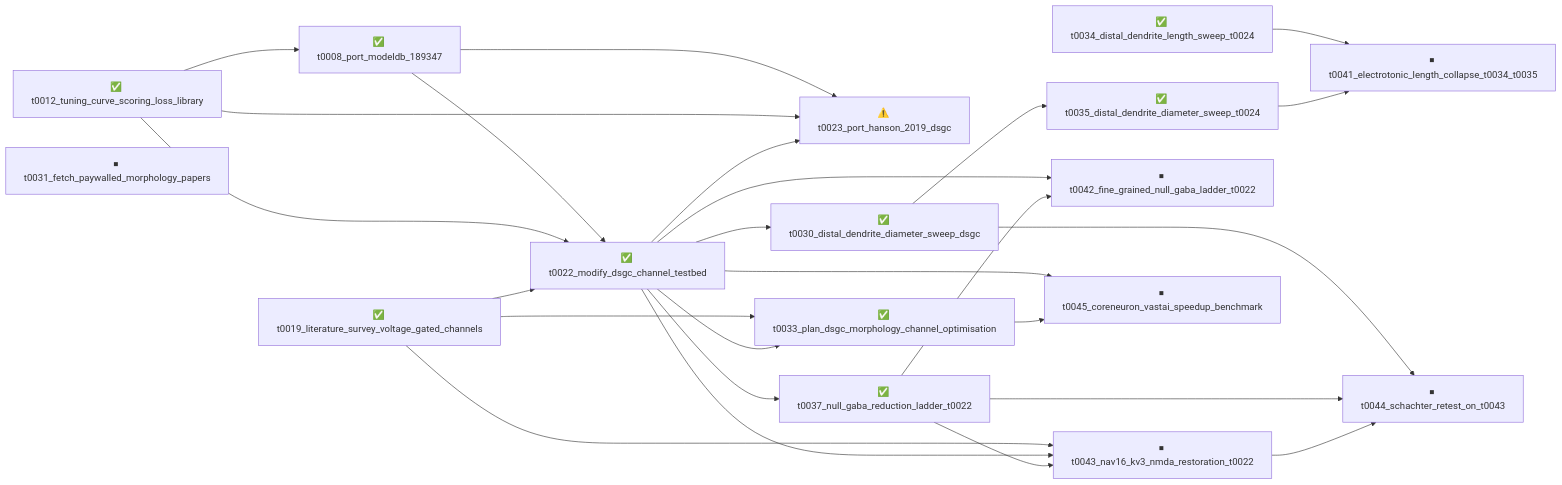
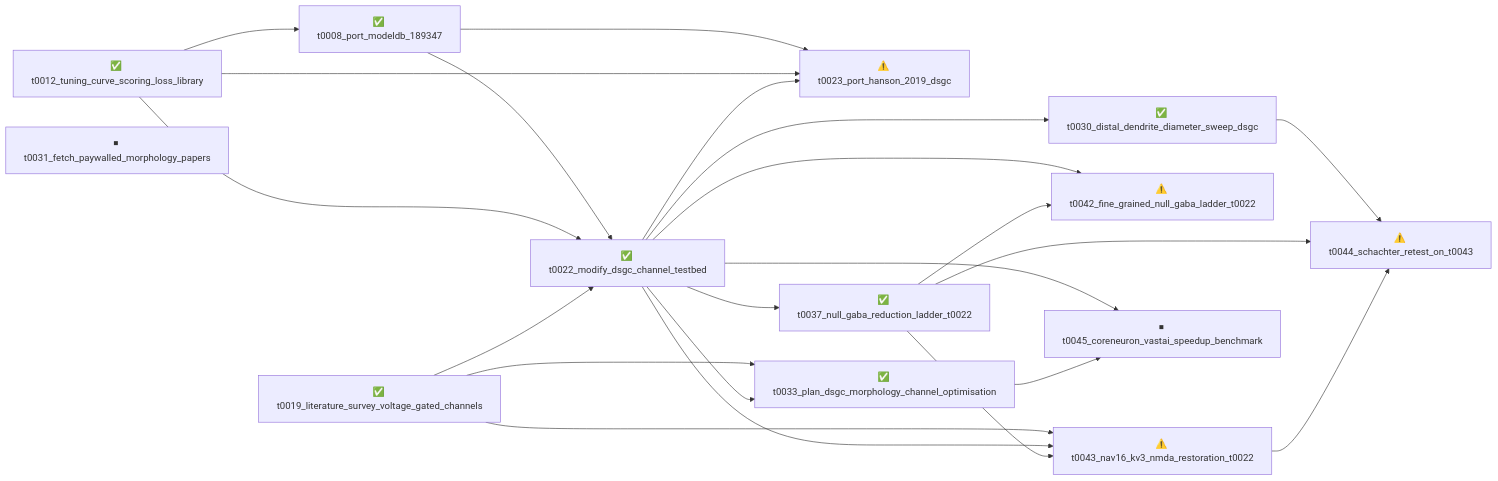
The diagram in overview/tasks/README.md (tonza17/neuron-channels), drawn with Mermaid before and after one commit. The commit also changed other lines of this file and 66 other files, not shown here.

````diff
--- a/overview/tasks/README.md
+++ b/overview/tasks/README.md
@@ -13,44 +13,38 @@
 ```mermaid
 graph LR
     t0008_port_modeldb_189347["✅ t0008_port_modeldb_189347"]
     t0012_tuning_curve_scoring_loss_library["✅ t0012_tuning_curve_scoring_loss_library"]
     t0019_literature_survey_voltage_gated_channels["✅ t0019_literature_survey_voltage_gated_channels"]
     t0022_modify_dsgc_channel_testbed["✅ t0022_modify_dsgc_channel_testbed"]
     t0023_port_hanson_2019_dsgc["⚠️ t0023_port_hanson_2019_dsgc"]
     t0030_distal_dendrite_diameter_sweep_dsgc["✅ t0030_distal_dendrite_diameter_sweep_dsgc"]
     t0031_fetch_paywalled_morphology_papers["⏹ t0031_fetch_paywalled_morphology_papers"]
     t0033_plan_dsgc_morphology_channel_optimisation["✅ t0033_plan_dsgc_morphology_channel_optimisation"]
-    t0034_distal_dendrite_length_sweep_t0024["✅ t0034_distal_dendrite_length_sweep_t0024"]
-    t0035_distal_dendrite_diameter_sweep_t0024["✅ t0035_distal_dendrite_diameter_sweep_t0024"]
     t0037_null_gaba_reduction_ladder_t0022["✅ t0037_null_gaba_reduction_ladder_t0022"]
-    t0041_electrotonic_length_collapse_t0034_t0035["⏹ t0041_electrotonic_length_collapse_t0034_t0035"]
-    t0042_fine_grained_null_gaba_ladder_t0022["⏹ t0042_fine_grained_null_gaba_ladder_t0022"]
-    t0043_nav16_kv3_nmda_restoration_t0022["⏹ t0043_nav16_kv3_nmda_restoration_t0022"]
-    t0044_schachter_retest_on_t0043["⏹ t0044_schachter_retest_on_t0043"]
+    t0042_fine_grained_null_gaba_ladder_t0022["⚠️ t0042_fine_grained_null_gaba_ladder_t0022"]
+    t0043_nav16_kv3_nmda_restoration_t0022["⚠️ t0043_nav16_kv3_nmda_restoration_t0022"]
+    t0044_schachter_retest_on_t0043["⚠️ t0044_schachter_retest_on_t0043"]
     t0045_coreneuron_vastai_speedup_benchmark["⏹ t0045_coreneuron_vastai_speedup_benchmark"]
 
     t0012_tuning_curve_scoring_loss_library --> t0008_port_modeldb_189347
     t0008_port_modeldb_189347 --> t0022_modify_dsgc_channel_testbed
     t0012_tuning_curve_scoring_loss_library --> t0022_modify_dsgc_channel_testbed
     t0019_literature_survey_voltage_gated_channels --> t0022_modify_dsgc_channel_testbed
     t0008_port_modeldb_189347 --> t0023_port_hanson_2019_dsgc
     t0012_tuning_curve_scoring_loss_library --> t0023_port_hanson_2019_dsgc
     t0022_modify_dsgc_channel_testbed --> t0023_port_hanson_2019_dsgc
     t0022_modify_dsgc_channel_testbed --> t0030_distal_dendrite_diameter_sweep_dsgc
     t0019_literature_survey_voltage_gated_channels --> t0033_plan_dsgc_morphology_channel_optimisation
     t0022_modify_dsgc_channel_testbed --> t0033_plan_dsgc_morphology_channel_optimisation
-    t0030_distal_dendrite_diameter_sweep_dsgc --> t0035_distal_dendrite_diameter_sweep_t0024
     t0022_modify_dsgc_channel_testbed --> t0037_null_gaba_reduction_ladder_t0022
-    t0034_distal_dendrite_length_sweep_t0024 --> t0041_electrotonic_length_collapse_t0034_t0035
-    t0035_distal_dendrite_diameter_sweep_t0024 --> t0041_electrotonic_length_collapse_t0034_t0035
     t0022_modify_dsgc_channel_testbed --> t0042_fine_grained_null_gaba_ladder_t0022
     t0037_null_gaba_reduction_ladder_t0022 --> t0042_fine_grained_null_gaba_ladder_t0022
     t0019_literature_survey_voltage_gated_channels --> t0043_nav16_kv3_nmda_restoration_t0022
     t0022_modify_dsgc_channel_testbed --> t0043_nav16_kv3_nmda_restoration_t0022
     t0037_null_gaba_reduction_ladder_t0022 --> t0043_nav16_kv3_nmda_restoration_t0022
     t0030_distal_dendrite_diameter_sweep_dsgc --> t0044_schachter_retest_on_t0043
     t0037_null_gaba_reduction_ladder_t0022 --> t0044_schachter_retest_on_t0043
     t0043_nav16_kv3_nmda_restoration_t0022 --> t0044_schachter_retest_on_t0043
     t0022_modify_dsgc_channel_testbed --> t0045_coreneuron_vastai_speedup_benchmark
     t0033_plan_dsgc_morphology_channel_optimisation --> t0045_coreneuron_vastai_speedup_benchmark
 ```
````
